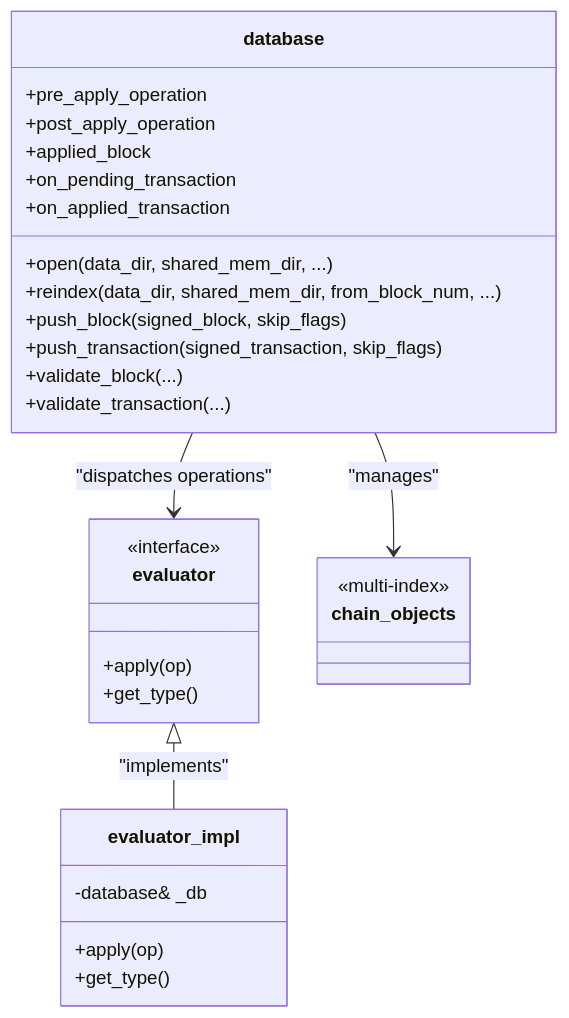
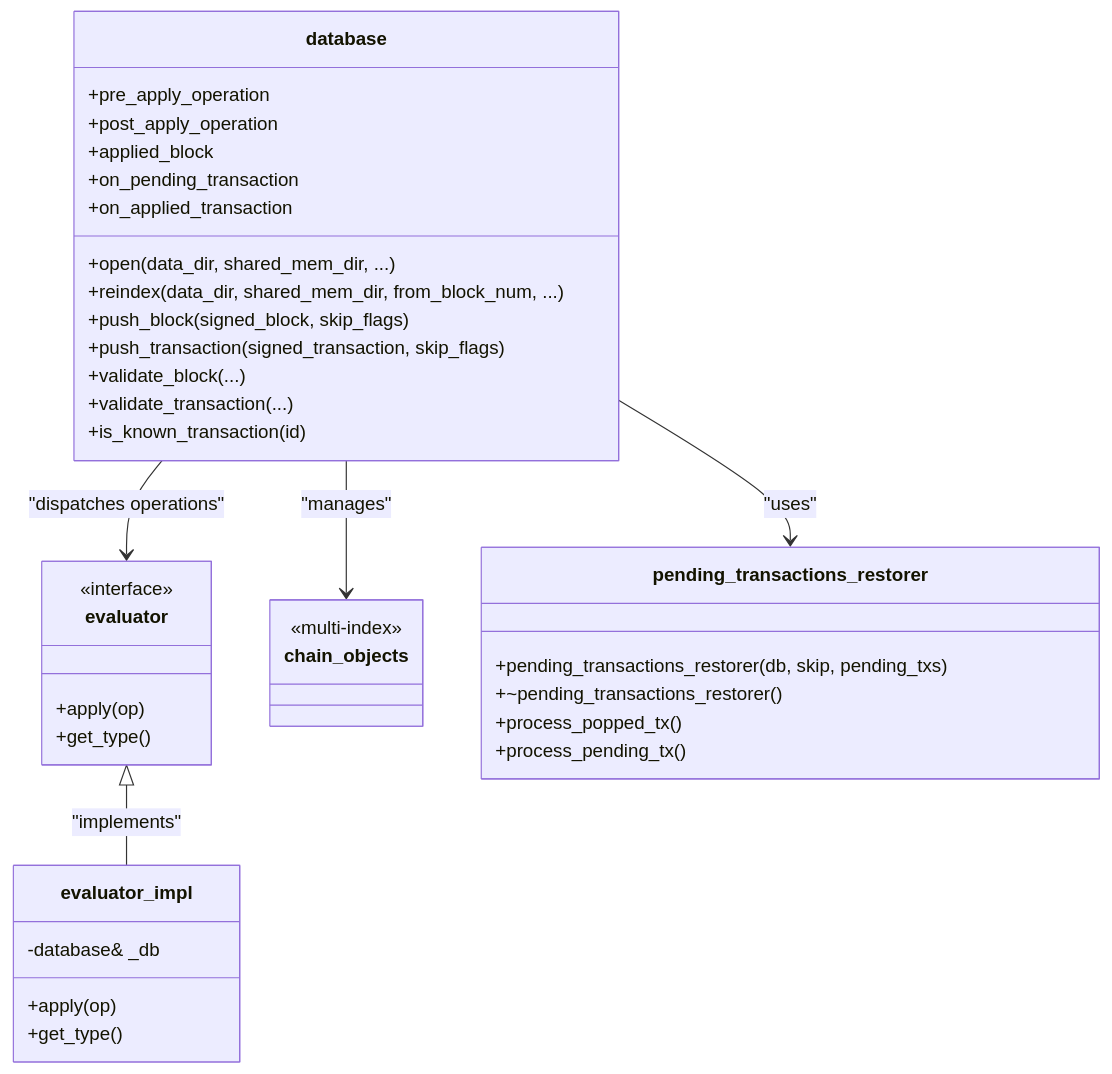
One commit to VIZ-Blockchain/viz-cpp-node changed the third of 12 diagrams in .qoder/repowiki/en/content/Core Libraries.md. Above: the diagram before and after it, drawn with Mermaid. The commit also changed other lines of this file and 3 other files, not shown here.

````diff
--- a/.qoder/repowiki/en/content/Core Libraries.md
+++ b/.qoder/repowiki/en/content/Core Libraries.md
@@ -197,32 +205,40 @@
 ```mermaid
 classDiagram
 class database {
 +open(data_dir, shared_mem_dir, ...)
 +reindex(data_dir, shared_mem_dir, from_block_num, ...)
 +push_block(signed_block, skip_flags)
 +push_transaction(signed_transaction, skip_flags)
 +validate_block(...)
 +validate_transaction(...)
 +pre_apply_operation
 +post_apply_operation
 +applied_block
 +on_pending_transaction
 +on_applied_transaction
++is_known_transaction(id)
 }
 class evaluator {
 <<interface>>
 +apply(op)
 +get_type()
 }
 class evaluator_impl {
 -database& _db
 +apply(op)
 +get_type()
 }
 class chain_objects {
 <<multi-index>>
 }
+class pending_transactions_restorer {
++pending_transactions_restorer(db, skip, pending_txs)
++~pending_transactions_restorer()
++process_popped_tx()
++process_pending_tx()
+}
 database --> evaluator : "dispatches operations"
 evaluator <|-- evaluator_impl : "implements"
 database --> chain_objects : "manages"
+database --> pending_transactions_restorer : "uses"
 ```
````
